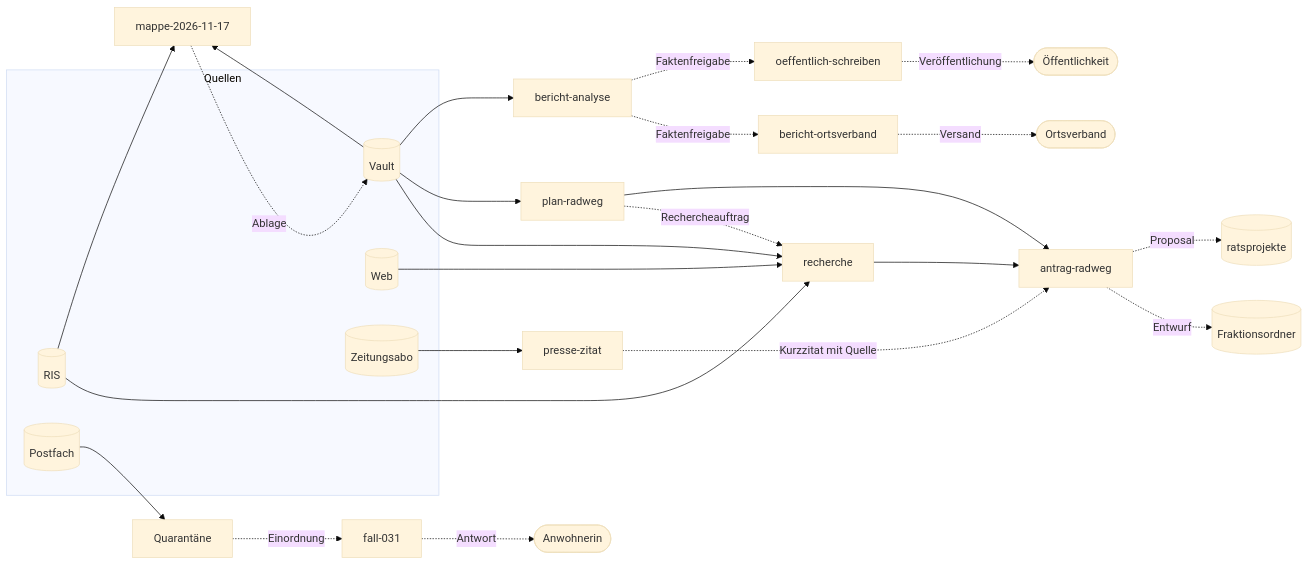
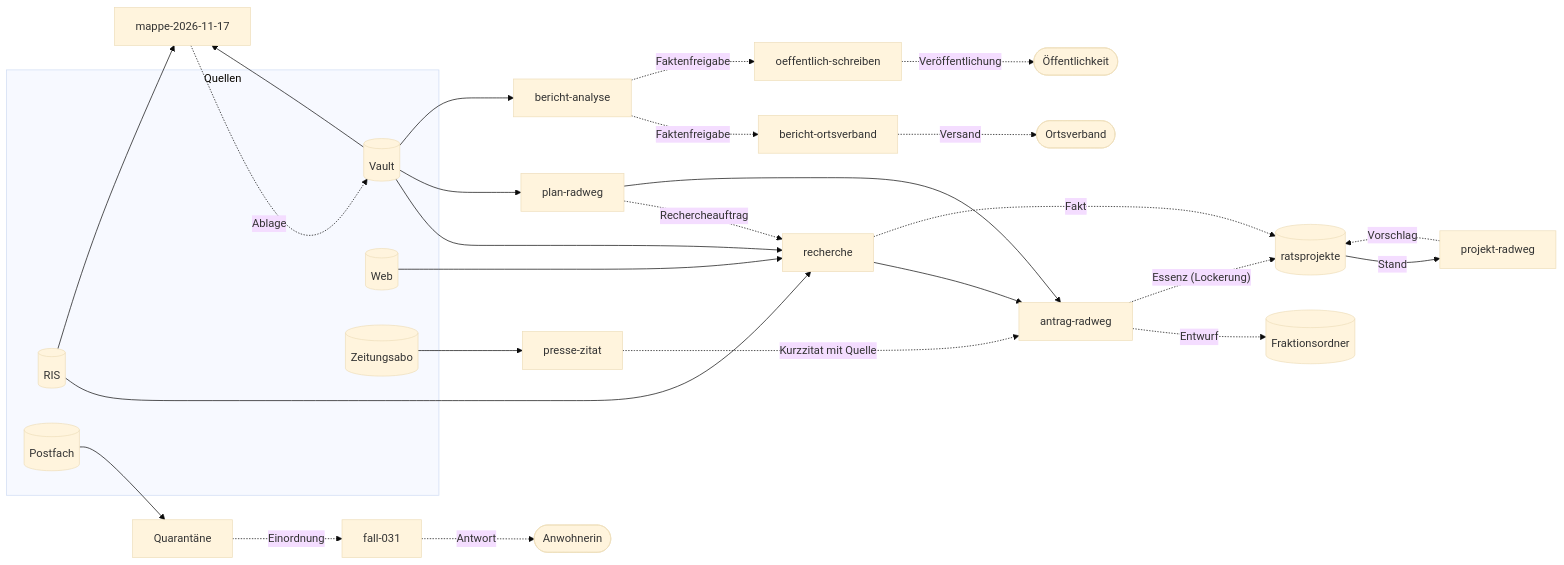
Before and after one commit to croesnick/kommunalpolitik_ki: the second of 4 diagrams in docs/szenarien/radweg-bahnhofstrasse.md, drawn with Mermaid (base theme). The commit also changed other lines of this file and 3 other files, not shown here.

````diff
--- a/docs/szenarien/radweg-bahnhofstrasse.md
+++ b/docs/szenarien/radweg-bahnhofstrasse.md
@@ -191,48 +194,52 @@
 ```mermaid
 flowchart LR
     subgraph Quellen
         RIS[(RIS)]
         V[(Vault)]
         WEB[(Web)]
         AZ[(Zeitungsabo)]
         MAIL[(Postfach)]
     end
     Q["Quarantäne"]
     REC["recherche"]
+    PROJ["projekt-radweg"]
     FALL["fall-031"]
     MAPPE["mappe-2026-11-17"]
     PLAN["plan-radweg"]
     ZIT["presse-zitat"]
     ANTRAG["antrag-radweg"]
     BA["bericht-analyse"]
     BO["bericht-ortsverband"]
     PUB["oeffentlich-schreiben"]
     NC[(Fraktionsordner)]
     RP[(ratsprojekte)]
     OV(["Ortsverband"])
     ANW(["Anwohnerin"])
     OEF(["Öffentlichkeit"])
 
     RIS --> REC
     WEB --> REC
     V --> REC
     MAIL --> Q
     Q -.->|"Einordnung"| FALL
     FALL -.->|"Antwort"| ANW
     RIS --> MAPPE
     V --> MAPPE
     MAPPE -.->|"Ablage"| V
     V --> PLAN
     PLAN -.->|"Rechercheauftrag"| REC
     REC --> ANTRAG
     PLAN --> ANTRAG
     AZ --> ZIT
     ZIT -.->|"Kurzzitat mit Quelle"| ANTRAG
     ANTRAG -.->|"Entwurf"| NC
-    ANTRAG -.->|"Proposal"| RP
+    ANTRAG -.->|"Essenz (Lockerung)"| RP
+    REC -.->|"Fakt"| RP
+    RP -->|"Stand"| PROJ
+    PROJ -.->|"Vorschlag"| RP
     V --> BA
     BA -.->|"Faktenfreigabe"| BO
     BA -.->|"Faktenfreigabe"| PUB
     BO -.->|"Versand"| OV
     PUB -.->|"Veröffentlichung"| OEF
 ```
````
